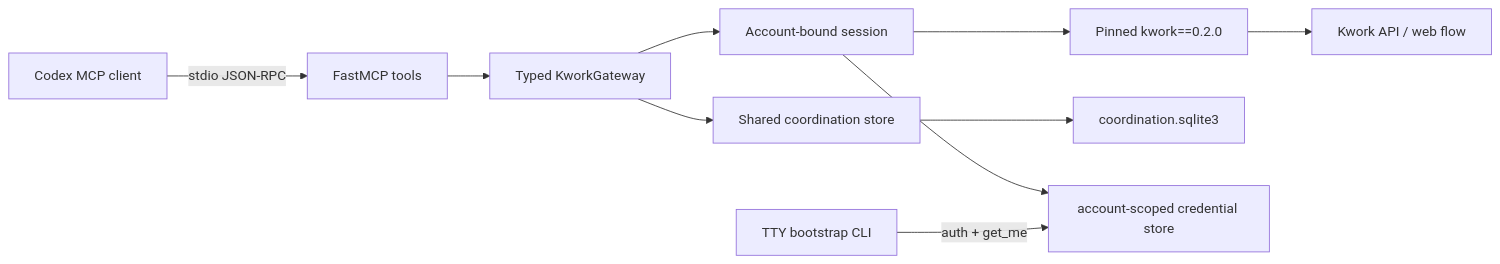
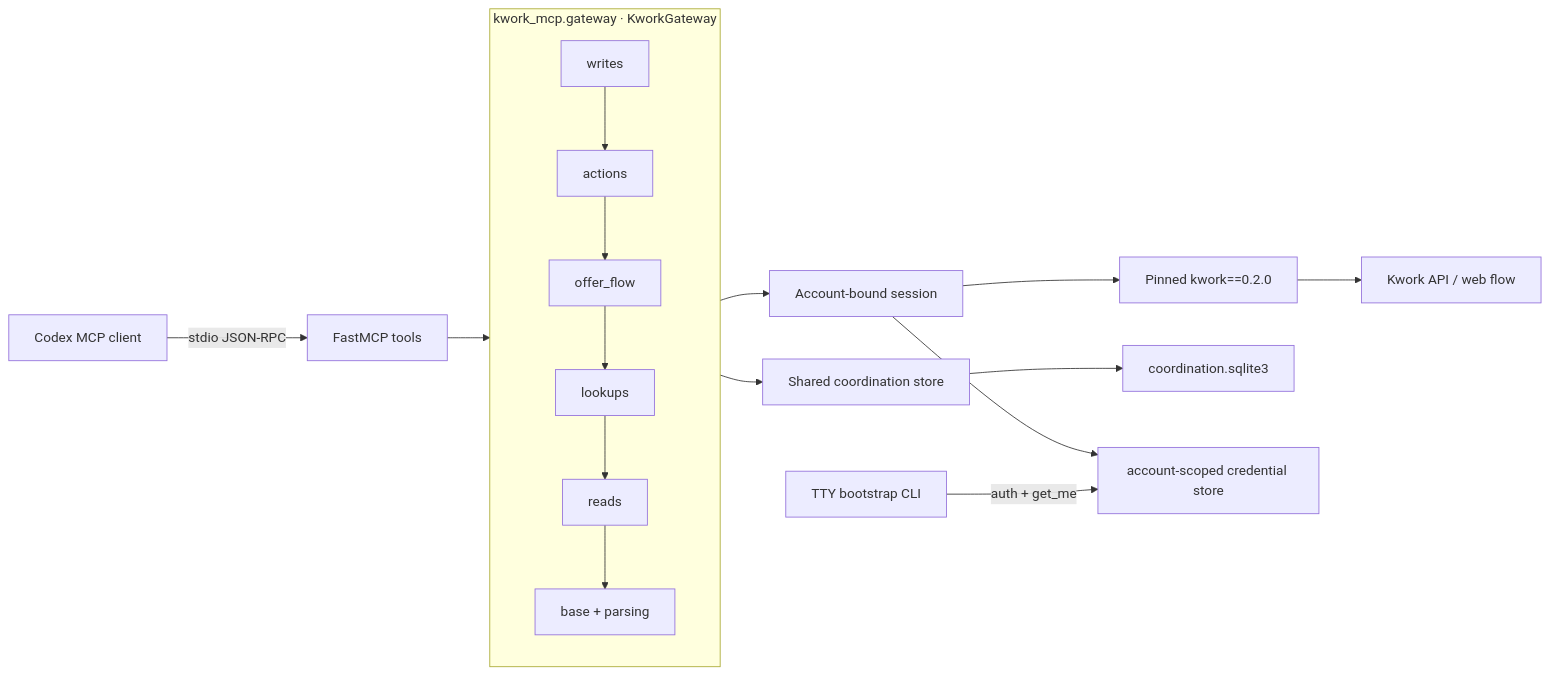
One commit to simonether/kwork-mcp changed the first of 2 diagrams in docs/architecture.md. Above: the diagram before and after it, drawn with Mermaid. The commit also changed other lines of this file and 9 other files, not shown here.

````diff
--- a/docs/architecture.md
+++ b/docs/architecture.md
@@ -5,12 +5,16 @@
 ```mermaid
 flowchart LR
+    subgraph G["kwork_mcp.gateway · KworkGateway"]
+        direction TB
+        GW["writes"] --> GA["actions"] --> GO["offer_flow"] --> GL["lookups"] --> GR["reads"] --> GB["base + parsing"]
+    end
     C["Codex MCP client"] -->|stdio JSON-RPC| M["FastMCP tools"]
-    M --> G["Typed KworkGateway"]
+    M --> G
     G --> S["Account-bound session"]
     G --> Q["Shared coordination store"]
     S --> U["Pinned kwork==0.2.0"]
     U --> K["Kwork API / web flow"]
     Q --> DB["coordination.sqlite3"]
     S --> TS["account-scoped credential store"]
     B["TTY bootstrap CLI"] -->|auth + get_me| TS
 ```
````
